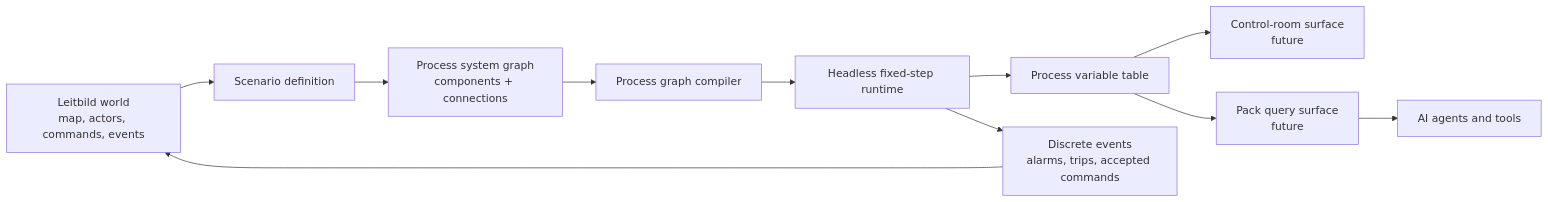
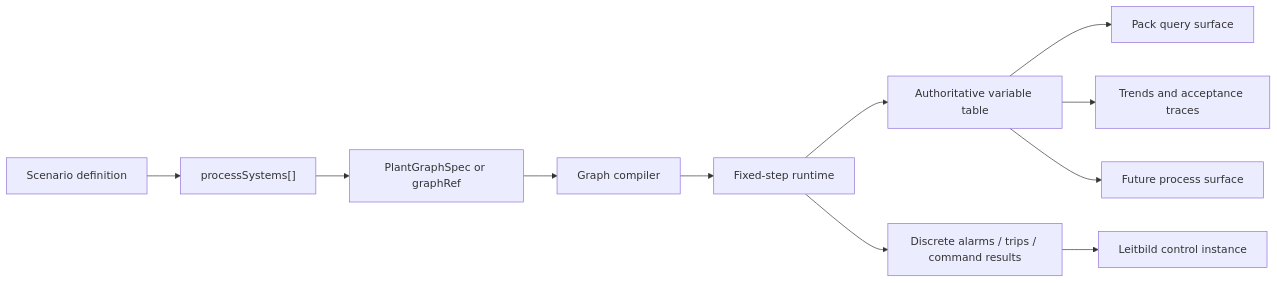
The first of 2 diagrams in wiki/domains/process-plant.md (samsinn-wikis/leitbild), drawn with Mermaid before and after one commit. The commit also changed other lines of this file and 3 other files, not shown here.

Commit message:
Update process plant pack documentation

````diff
--- a/wiki/domains/process-plant.md
+++ b/wiki/domains/process-plant.md
@@ -20,13 +12,13 @@
 ```mermaid
 flowchart LR
-  World["Leitbild world\nmap, actors, commands, events"] --> Scenario["Scenario definition"]
-  Scenario --> Graph["Process system graph\ncomponents + connections"]
-  Graph --> Compiler["Process graph compiler"]
-  Compiler --> Runtime["Headless fixed-step runtime"]
-  Runtime --> Variables["Process variable table"]
-  Variables --> Surface["Control-room surface\nfuture"]
-  Variables --> Query["Pack query surface\nfuture"]
-  Query --> Agents["AI agents and tools"]
-  Runtime --> Events["Discrete events\nalarms, trips, accepted commands"]
-  Events --> World
+  Scenario["Scenario definition"] --> System["processSystems[]"]
+  System --> Graph["PlantGraphSpec or graphRef"]
+  Graph --> Compiler["Graph compiler"]
+  Compiler --> Runtime["Fixed-step runtime"]
+  Runtime --> Table["Authoritative variable table"]
+  Table --> Queries["Pack query surface"]
+  Table --> Telemetry["Trends and acceptance traces"]
+  Table --> FutureUi["Future process surface"]
+  Runtime --> Events["Discrete alarms / trips / command results"]
+  Events --> Leitbild["Leitbild control instance"]
 ```
````
